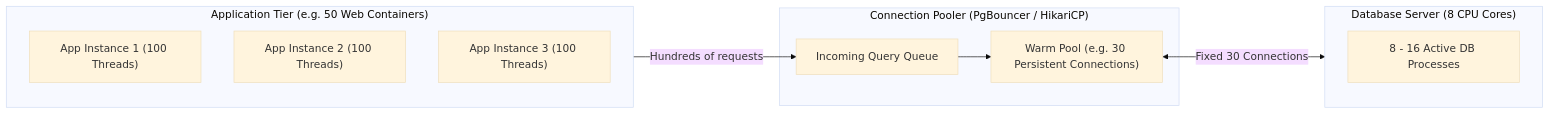
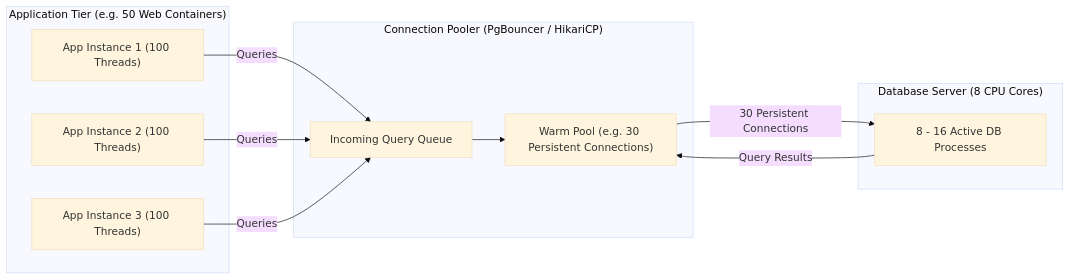
Before and after one commit to MohdMusaiyab/system-design: the second of 3 diagrams in Databases/06_Database_Performance.md, drawn with Mermaid (base theme). The commit also changed 6 other files, not shown here.

````diff
--- a/Databases/06_Database_Performance.md
+++ b/Databases/06_Database_Performance.md
@@ -106,21 +106,24 @@
 ```mermaid
 flowchart LR
     subgraph AppServers["Application Tier (e.g. 50 Web Containers)"]
         A1["App Instance 1 (100 Threads)"]
         A2["App Instance 2 (100 Threads)"]
         A3["App Instance 3 (100 Threads)"]
     end
 
     subgraph Pooler["Connection Pooler (PgBouncer / HikariCP)"]
         Queue["Incoming Query Queue"]
         Pool["Warm Pool (e.g. 30 Persistent Connections)"]
     end
 
     subgraph DB["Database Server (8 CPU Cores)"]
         Worker["8 - 16 Active DB Processes"]
     end
 
-    AppServers -->|Hundreds of requests| Queue
+    A1 -->|"Queries"| Queue
+    A2 -->|"Queries"| Queue
+    A3 -->|"Queries"| Queue
     Queue --> Pool
-    Pool <-->|Fixed 30 Connections| DB
+    Pool -->|"30 Persistent Connections"| Worker
+    Worker -->|"Query Results"| Pool
 ```
````
